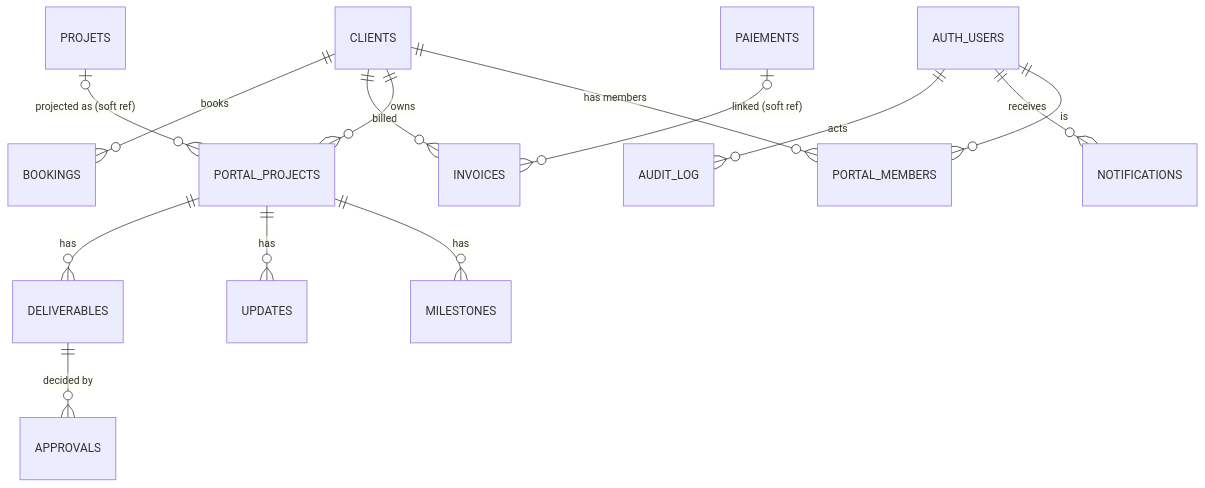
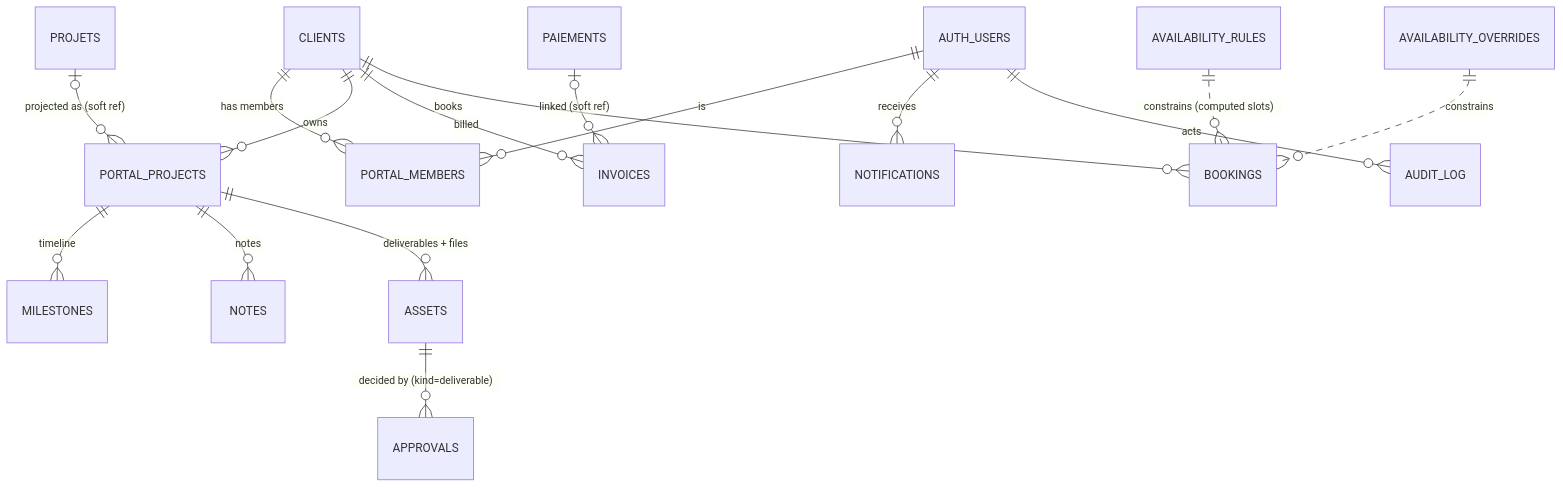
Before and after one commit to theystudiodesign/theystudiodesign.github.io: the diagram in docs/portal/DATA_MODEL.md, drawn with Mermaid. The commit also changed other lines of this file and 6 other files, not shown here.

````diff
--- a/docs/portal/DATA_MODEL.md
+++ b/docs/portal/DATA_MODEL.md
@@ -7,16 +7,18 @@
 ```mermaid
 erDiagram
     AUTH_USERS ||--o{ PORTAL_MEMBERS : "is"
     CLIENTS ||--o{ PORTAL_MEMBERS : "has members"
     CLIENTS ||--o{ PORTAL_PROJECTS : "owns"
     CLIENTS ||--o{ INVOICES : "billed"
     CLIENTS ||--o{ BOOKINGS : "books"
     PROJETS |o--o{ PORTAL_PROJECTS : "projected as (soft ref)"
     PAIEMENTS |o--o{ INVOICES : "linked (soft ref)"
-    PORTAL_PROJECTS ||--o{ MILESTONES : "has"
-    PORTAL_PROJECTS ||--o{ UPDATES : "has"
-    PORTAL_PROJECTS ||--o{ DELIVERABLES : "has"
-    DELIVERABLES ||--o{ APPROVALS : "decided by"
+    PORTAL_PROJECTS ||--o{ MILESTONES : "timeline"
+    PORTAL_PROJECTS ||--o{ NOTES : "notes"
+    PORTAL_PROJECTS ||--o{ ASSETS : "deliverables + files"
+    ASSETS ||--o{ APPROVALS : "decided by (kind=deliverable)"
+    AVAILABILITY_RULES ||..o{ BOOKINGS : "constrains (computed slots)"
+    AVAILABILITY_OVERRIDES ||..o{ BOOKINGS : "constrains"
     AUTH_USERS ||--o{ NOTIFICATIONS : "receives"
     AUTH_USERS ||--o{ AUDIT_LOG : "acts"
 ```
````
